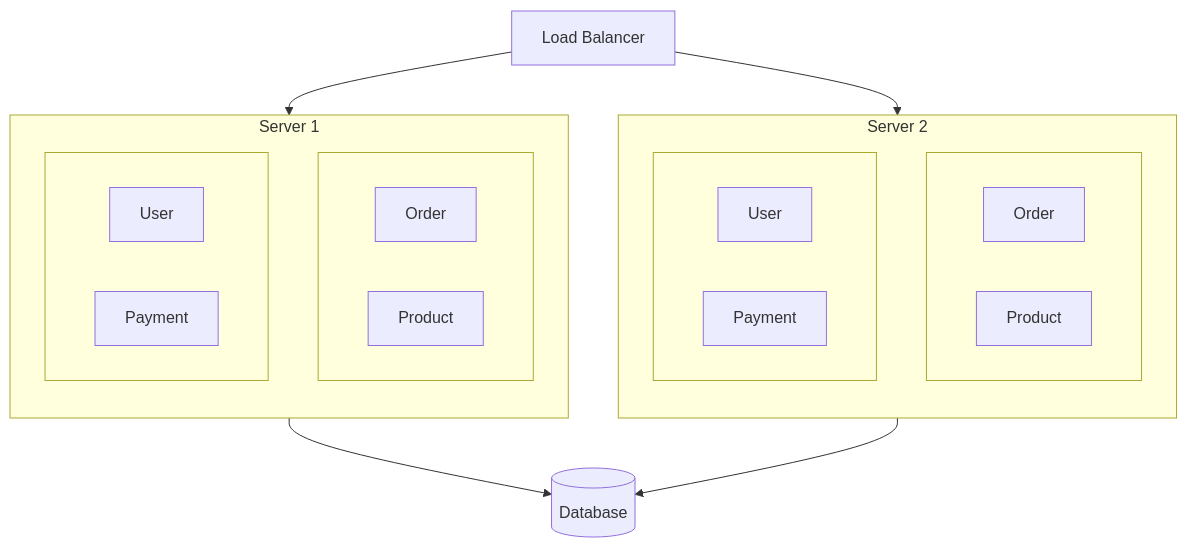
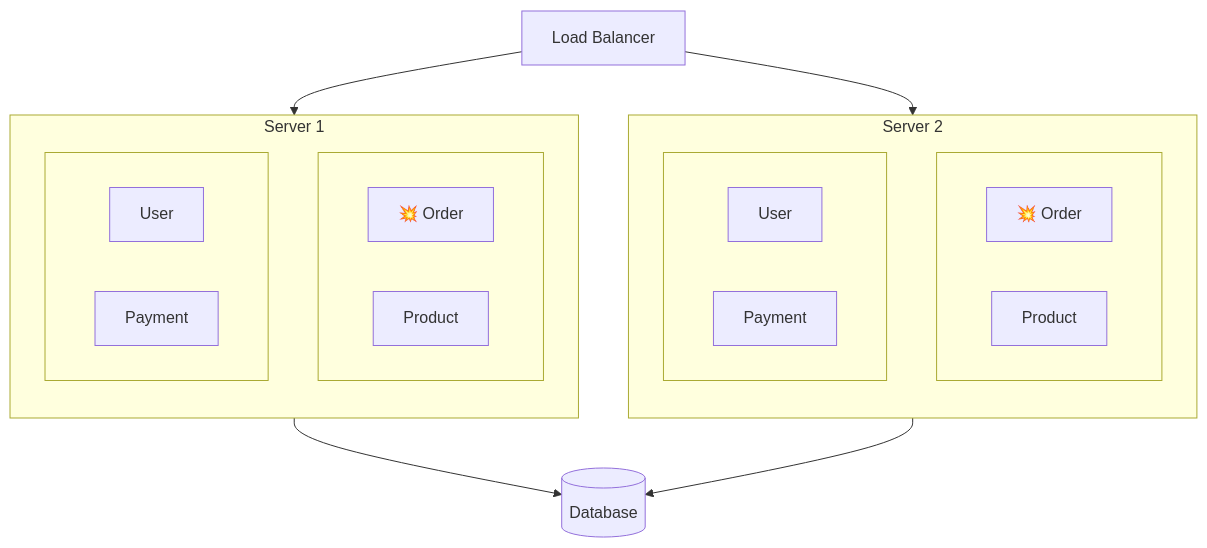
One commit to 12OneTwo12/12OneTwo12.github.io changed the second of 8 diagrams in content/blog/architecture/msa-series-1-introduction.en.md. Above: the diagram before and after it, drawn with Mermaid. The commit also changed 1 other file, not shown here.

Commit message:
docs: MSA 1편 스케일링 예시 이모티콘 추가

````diff
--- a/content/blog/architecture/msa-series-1-introduction.en.md
+++ b/content/blog/architecture/msa-series-1-introduction.en.md
@@ -81,38 +81,38 @@
 ```mermaid
 flowchart TB
     LB[Load Balancer]
 
     subgraph Server1["Server 1"]
         direction TB
         subgraph S1R1[" "]
             direction LR
-            S1_Order["Order"]
+            S1_Order["💥 Order"]
             S1_Product["Product"]
         end
         subgraph S1R2[" "]
             direction LR
             S1_User["User"]
             S1_Payment["Payment"]
         end
     end
 
     subgraph Server2["Server 2"]
         direction TB
         subgraph S2R1[" "]
             direction LR
-            S2_Order["Order"]
+            S2_Order["💥 Order"]
             S2_Product["Product"]
         end
         subgraph S2R2[" "]
             direction LR
             S2_User["User"]
             S2_Payment["Payment"]
         end
     end
 
     LB --> Server1
     LB --> Server2
 
     Server1 --> DB[(Database)]
     Server2 --> DB
 ```
````
